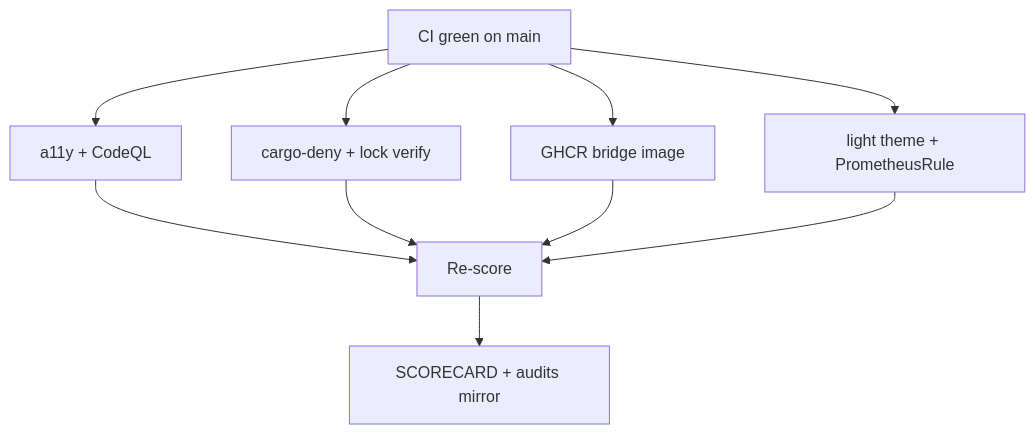
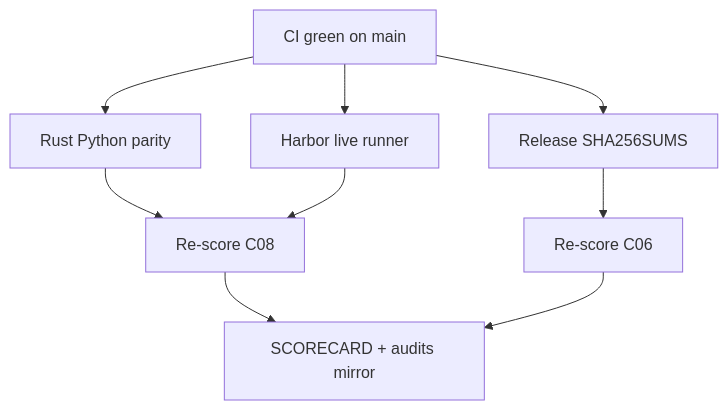
One commit to KooshaPari/Melosviz changed the diagram in docs/WORK_DAG.md. Above: the diagram before and after it, drawn with Mermaid. The commit also changed other lines of this file and 407 other files, not shown here.

First line of the commit message:
Add Rust/Python parity harness, Harbor live runner, and release checksums.

````diff
--- a/docs/WORK_DAG.md
+++ b/docs/WORK_DAG.md
@@ -5,12 +5,11 @@
 ```mermaid
 flowchart TD
-  A[CI green on main] --> B[a11y + CodeQL]
-  A --> C[cargo-deny + lock verify]
-  A --> D[GHCR bridge image]
-  A --> E[light theme + PrometheusRule]
-  B --> F[Re-score]
-  C --> F
-  D --> F
-  E --> F
-  F --> G[SCORECARD + audits mirror]
+  A[CI green on main] --> B[Rust Python parity]
+  A --> C[Harbor live runner]
+  A --> D[Release SHA256SUMS]
+  B --> E[Re-score C08]
+  C --> E
+  D --> F[Re-score C06]
+  E --> G[SCORECARD + audits mirror]
+  F --> G
 ```
````
